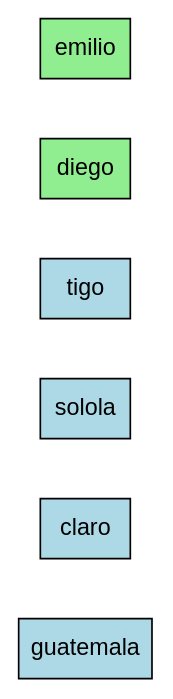
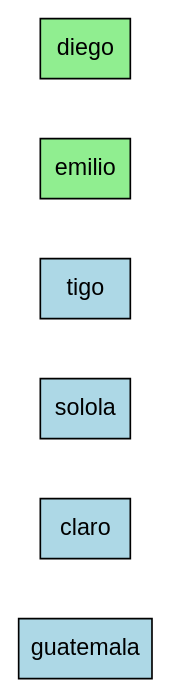
The diagram in output/reporte_matriz.dot (DavidVelasquez77/EDD_PROYECTO1), drawn with Graphviz before and after one commit. The commit also changed other lines of this file and 5 other files, not shown here.

```diff
--- a/output/reporte_matriz.dot
+++ b/output/reporte_matriz.dot
@@ -1,10 +1,10 @@
 digraph MatrizLayout {
   rankdir=LR;
   node [shape=box, style=filled, fontname=Arial];
   splines=ortho;
   nodesep=0.5;
   ranksep=0.5;
   { rank=same; "guatemala" [fillcolor=lightblue]; "claro" [fillcolor=lightblue]; "solola" [fillcolor=lightblue]; "tigo" [fillcolor=lightblue]; }
+  "emilio" [fillcolor=lightgreen];
   "diego" [fillcolor=lightgreen];
-  "emilio" [fillcolor=lightgreen];
 }
```
